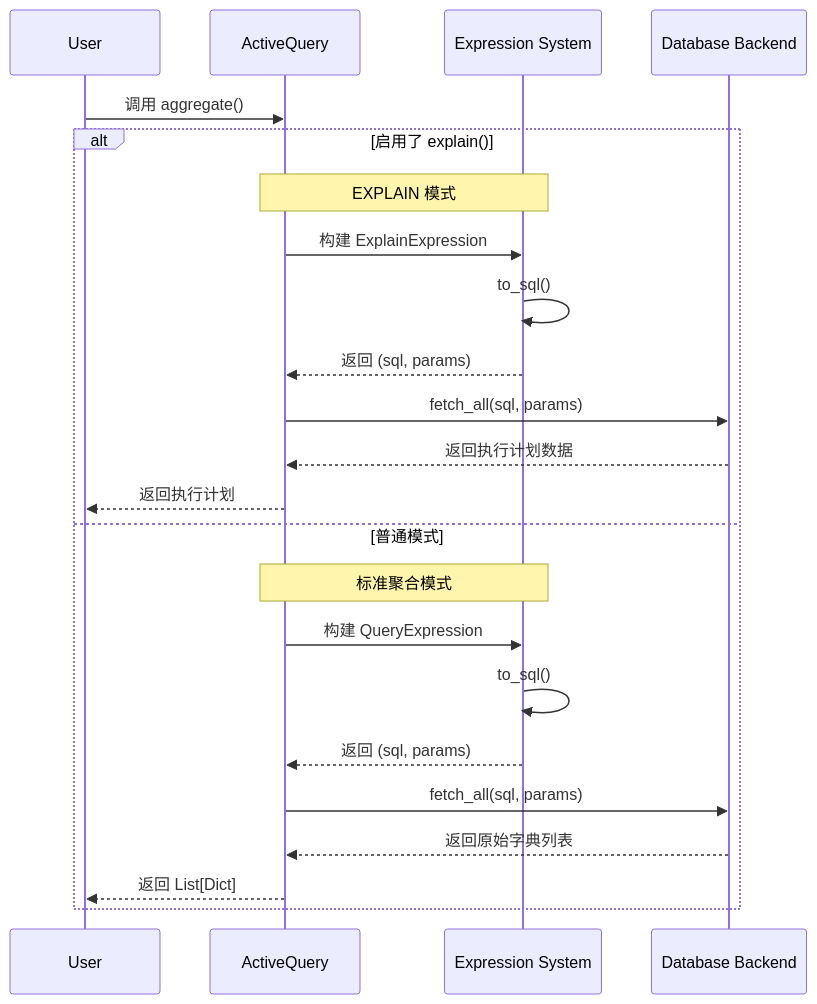
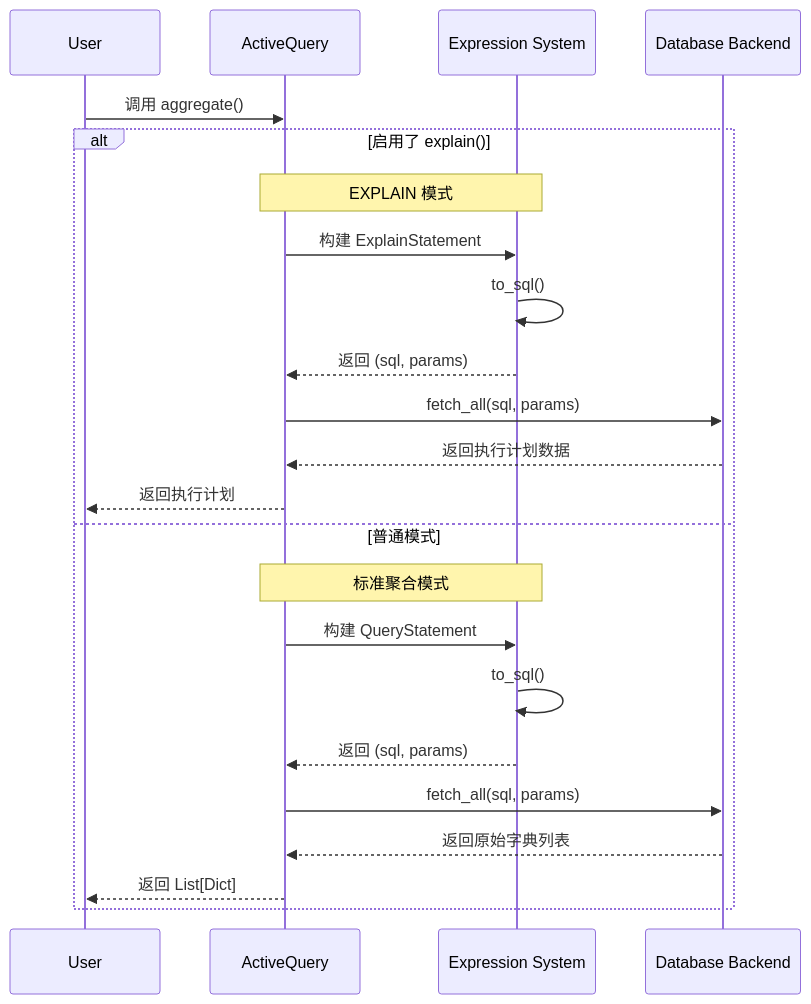
Before and after one commit to rhosocial/python-activerecord: the second of 3 diagrams in docs/zh_CN/querying/active_query.md, drawn with Mermaid. The commit also changed other lines of this file and 310 other files, not shown here.

````diff
--- a/docs/zh_CN/querying/active_query.md
+++ b/docs/zh_CN/querying/active_query.md
@@ -745,27 +745,27 @@
 ```mermaid
 sequenceDiagram
     participant User
     participant Query as ActiveQuery
     participant Expr as Expression System
     participant Backend as Database Backend
 
     User->>Query: 调用 aggregate()
 
     alt 启用了 explain()
         Note over Query, Expr: EXPLAIN 模式
-        Query->>Expr: 构建 ExplainExpression
+        Query->>Expr: 构建 ExplainStatement
         Expr->>Expr: to_sql()
         Expr-->>Query: 返回 (sql, params)
         Query->>Backend: fetch_all(sql, params)
         Backend-->>Query: 返回执行计划数据
         Query-->>User: 返回执行计划
     else 普通模式
         Note over Query, Expr: 标准聚合模式
-        Query->>Expr: 构建 QueryExpression
+        Query->>Expr: 构建 QueryStatement
         Expr->>Expr: to_sql()
         Expr-->>Query: 返回 (sql, params)
         Query->>Backend: fetch_all(sql, params)
         Backend-->>Query: 返回原始字典列表
         Query-->>User: 返回 List[Dict]
     end
 ```
````
